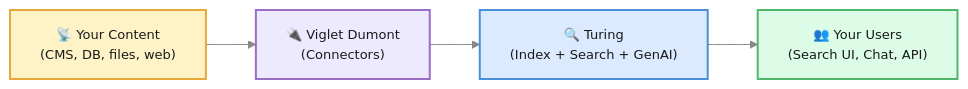
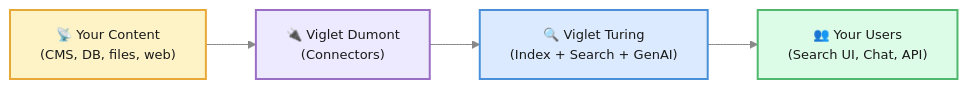
Before and after one commit to openviglet/turing: the diagram in frontend/apps/docs/src/content/docs/getting-started/intro.md, drawn with Mermaid. The commit also changed other lines of this file and 69 other files, not shown here.

````diff
--- a/frontend/apps/docs/src/content/docs/getting-started/intro.md
+++ b/frontend/apps/docs/src/content/docs/getting-started/intro.md
@@ -32,20 +32,20 @@
 ```mermaid
 %%{init: {'theme': 'base', 'themeVariables': {'fontSize': '13px', 'primaryColor': '#fff', 'primaryBorderColor': '#c0c0c0', 'lineColor': '#888', 'textColor': '#333'}}}%%
 graph LR
     A["📡 Your Content\n(CMS, DB, files, web)"]
     B["🔌 Viglet Dumont\n(Connectors)"]
-    C["🔍 Turing\n(Index + Search + GenAI)"]
+    C["🔍 Viglet Turing\n(Index + Search + GenAI)"]
     D["👥 Your Users\n(Search UI, Chat, API)"]
 
     A --> B --> C --> D
 
     classDef blue fill:#dbeafe,stroke:#4A90D9,stroke-width:2px,color:#1a1a1a
     classDef green fill:#dcfce7,stroke:#50B86C,stroke-width:2px,color:#1a1a1a
     classDef purple fill:#ede9fe,stroke:#9B6EC5,stroke-width:2px,color:#1a1a1a
     classDef amber fill:#fef3c7,stroke:#E8A838,stroke-width:2px,color:#1a1a1a
 
     class A amber
     class B purple
     class C blue
     class D green
 ```
````
